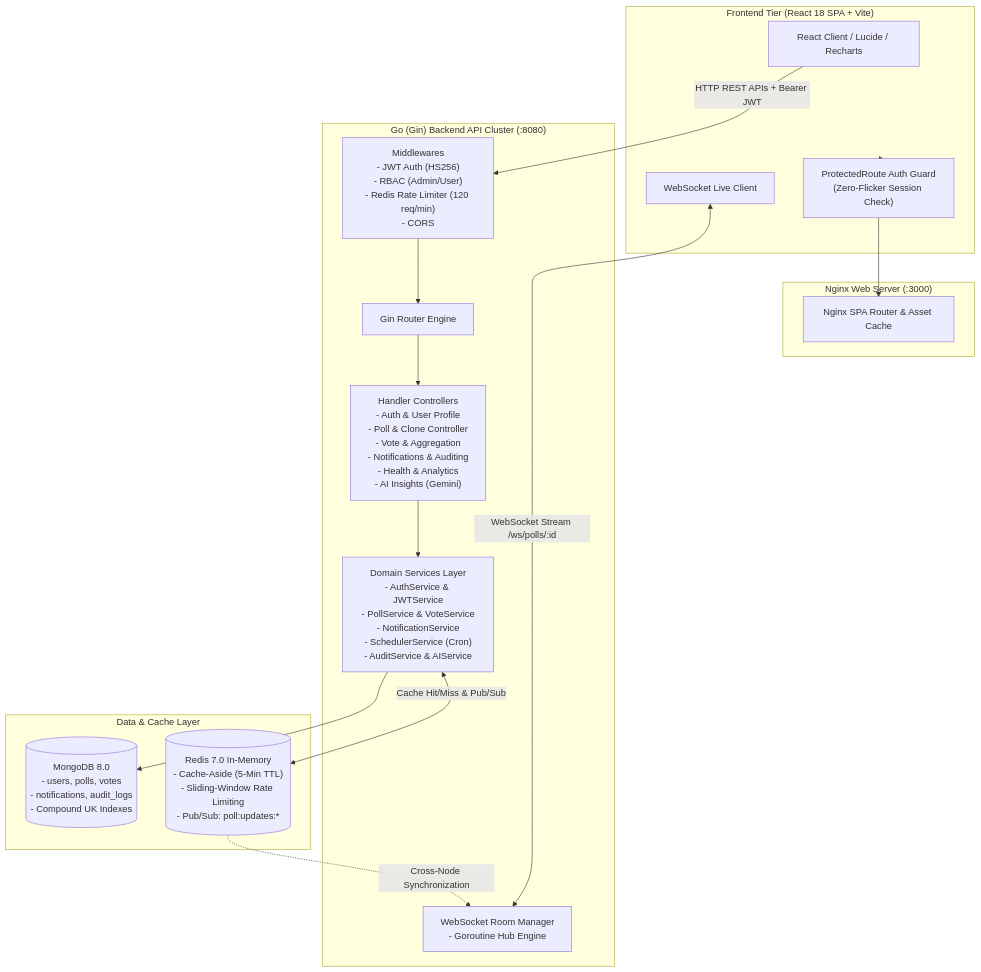
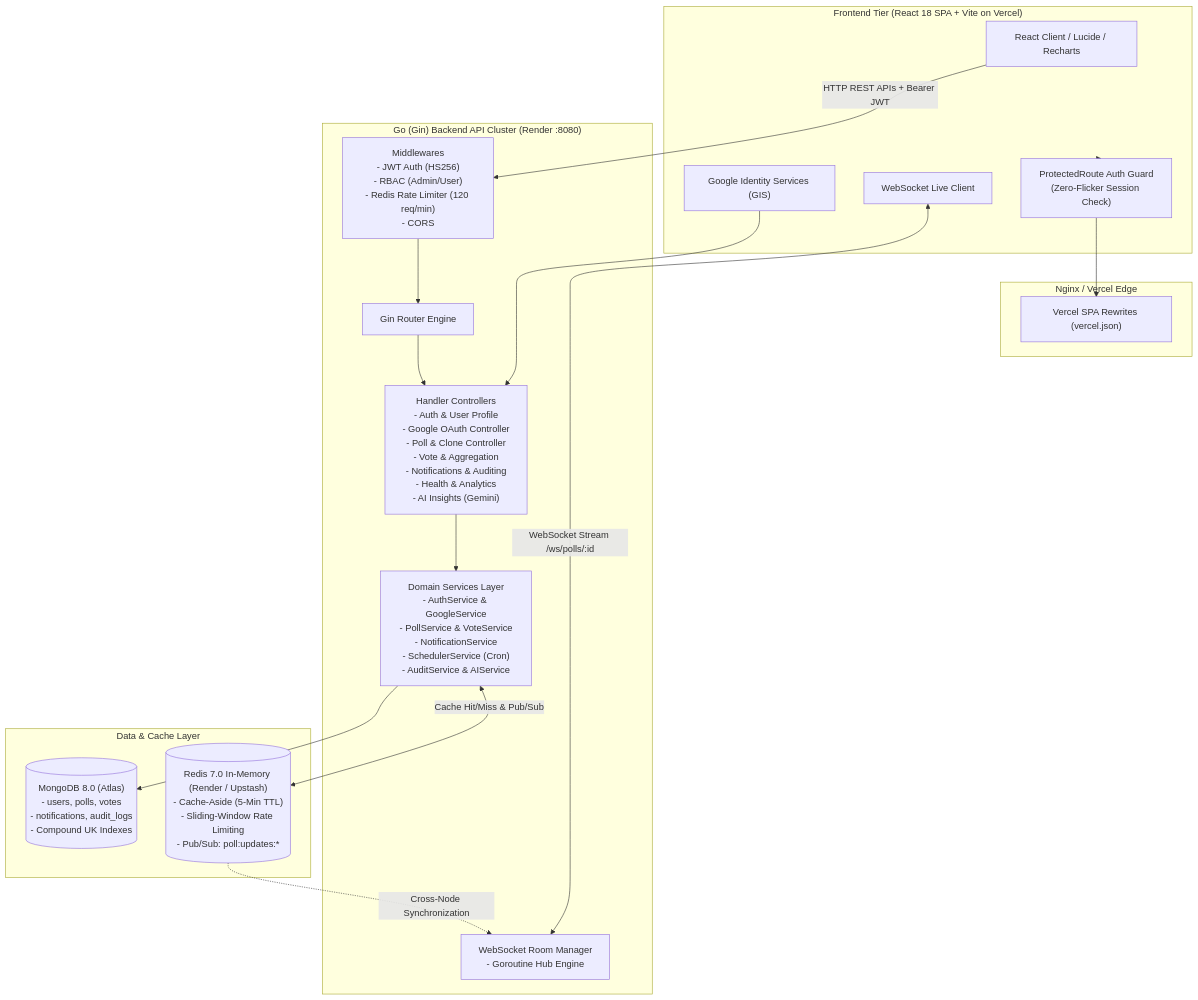
The diagram in README.md (srinagapriya06122006/PollSphere-), drawn with Mermaid before and after one commit. The commit also changed other lines of this file, not shown here.

Commit message:
Add comprehensive README documentation for PollSphere with Google OAuth and architecture details

````diff
--- a/README.md
+++ b/README.md
@@ -38,36 +64,38 @@
 ```mermaid
 flowchart TD
-    subgraph Clients["Frontend Tier (React 18 SPA + Vite)"]
+    subgraph Clients["Frontend Tier (React 18 SPA + Vite on Vercel)"]
         Browser["React Client / Lucide / Recharts"]
         WSClient["WebSocket Live Client"]
         Guard["ProtectedRoute Auth Guard\n(Zero-Flicker Session Check)"]
+        GoogleAuth["Google Identity Services (GIS)"]
     end
 
-    subgraph ReverseProxy["Nginx Web Server (:3000)"]
-        Nginx["Nginx SPA Router & Asset Cache"]
+    subgraph ReverseProxy["Nginx / Vercel Edge"]
+        VercelCDN["Vercel SPA Rewrites (vercel.json)"]
     end
 
-    subgraph BackendEngine["Go (Gin) Backend API Cluster (:8080)"]
+    subgraph BackendEngine["Go (Gin) Backend API Cluster (Render :8080)"]
         Router["Gin Router Engine"]
         Middlewares["Middlewares\n- JWT Auth (HS256)\n- RBAC (Admin/User)\n- Redis Rate Limiter (120 req/min)\n- CORS"]
-        Handlers["Handler Controllers\n- Auth & User Profile\n- Poll & Clone Controller\n- Vote & Aggregation\n- Notifications & Auditing\n- Health & Analytics\n- AI Insights (Gemini)"]
-        Services["Domain Services Layer\n- AuthService & JWTService\n- PollService & VoteService\n- NotificationService\n- SchedulerService (Cron)\n- AuditService & AIService"]
+        Handlers["Handler Controllers\n- Auth & User Profile\n- Google OAuth Controller\n- Poll & Clone Controller\n- Vote & Aggregation\n- Notifications & Auditing\n- Health & Analytics\n- AI Insights (Gemini)"]
+        Services["Domain Services Layer\n- AuthService & GoogleService\n- PollService & VoteService\n- NotificationService\n- SchedulerService (Cron)\n- AuditService & AIService"]
         WSHub["WebSocket Room Manager\n- Goroutine Hub Engine"]
     end
 
     subgraph DataStorage["Data & Cache Layer"]
-        MongoDB[("MongoDB 8.0\n- users, polls, votes\n- notifications, audit_logs\n- Compound UK Indexes")]
-        Redis[("Redis 7.0 In-Memory\n- Cache-Aside (5-Min TTL)\n- Sliding-Window Rate Limiting\n- Pub/Sub: poll:updates:*")]
+        MongoDB[("MongoDB 8.0 (Atlas)\n- users, polls, votes\n- notifications, audit_logs\n- Compound UK Indexes")]
+        Redis[("Redis 7.0 In-Memory (Render / Upstash)\n- Cache-Aside (5-Min TTL)\n- Sliding-Window Rate Limiting\n- Pub/Sub: poll:updates:*")]
     end
 
     Clients --> Guard
-    Guard --> Nginx
+    Guard --> VercelCDN
+    GoogleAuth --> Handlers
     Browser -->|HTTP REST APIs + Bearer JWT| Middlewares
     WSClient <-->|WebSocket Stream /ws/polls/:id| WSHub
     Middlewares --> Router
     Router --> Handlers
     Handlers --> Services
     Services --> MongoDB
     Services <-->|Cache Hit/Miss & Pub/Sub| Redis
     Redis -.->|Cross-Node Synchronization| WSHub
 ```
````
